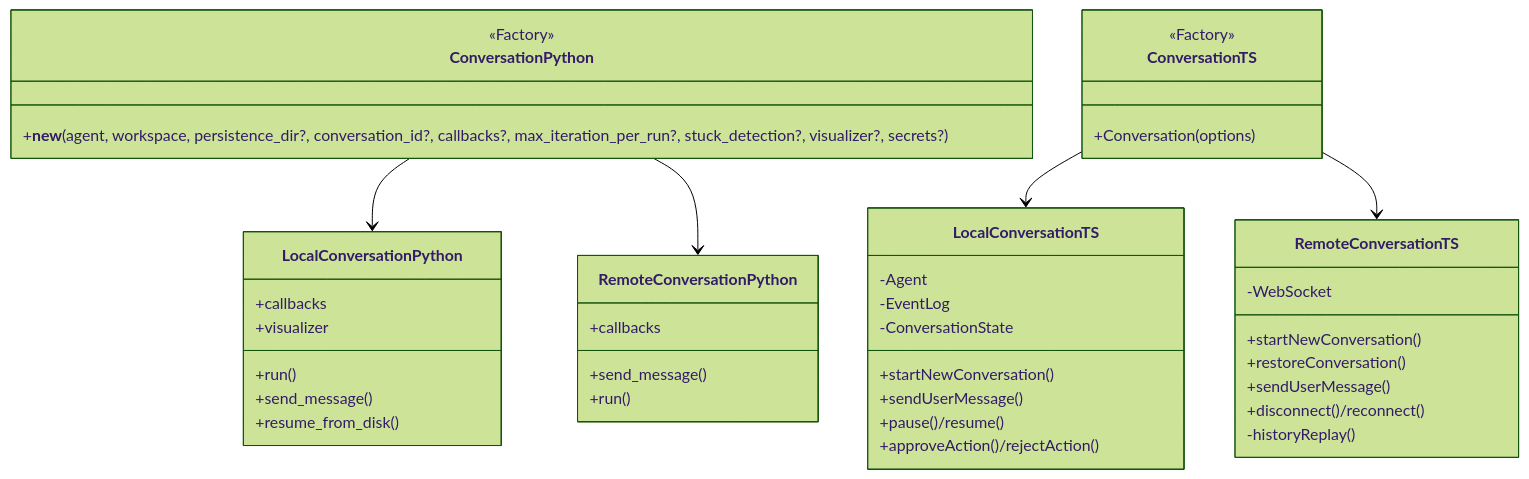
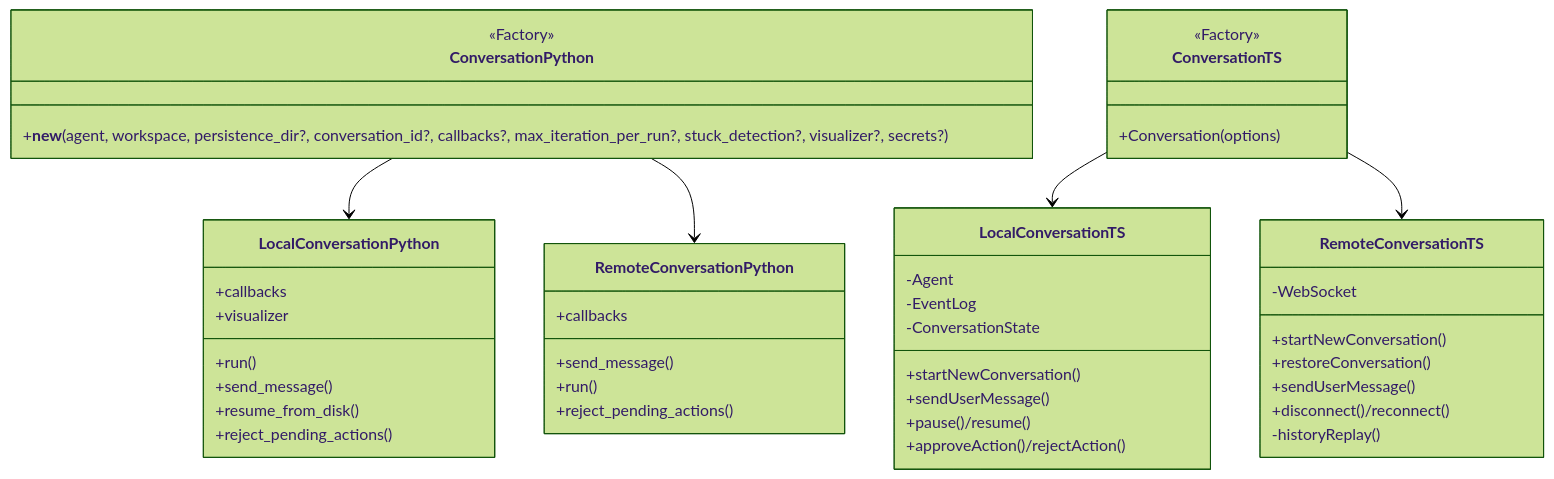
The second of 5 diagrams in packages/agent-sdk-ts/docs/python-parity.md (enyst/OpenHands-Tab), drawn with Mermaid (forest theme) before and after one commit. The commit also changed other lines of this file, not shown here.

Commit message:
docs: clarify Python confirmation methods

````diff
--- a/packages/agent-sdk-ts/docs/python-parity.md
+++ b/packages/agent-sdk-ts/docs/python-parity.md
@@ -289,44 +289,46 @@
 ```mermaid
 classDiagram
     class ConversationPython {
       <<Factory>>
       +__new__(agent, workspace, persistence_dir?, conversation_id?, callbacks?, max_iteration_per_run?, stuck_detection?, visualizer?, secrets?)
     }
     ConversationPython --> LocalConversationPython
     ConversationPython --> RemoteConversationPython
     class LocalConversationPython {
       +run()
       +send_message()
       +resume_from_disk()
+      +reject_pending_actions()
       +callbacks
       +visualizer
     }
     class RemoteConversationPython {
       +send_message()
       +run()
+      +reject_pending_actions()
       +callbacks
     }
     class ConversationTS {
       <<Factory>>
       +Conversation(options)
     }
     ConversationTS --> LocalConversationTS
     ConversationTS --> RemoteConversationTS
     class LocalConversationTS {
       +startNewConversation()
       +sendUserMessage()
       +pause()/resume()
       +approveAction()/rejectAction()
       -Agent
       -EventLog
       -ConversationState
     }
     class RemoteConversationTS {
       +startNewConversation()
       +restoreConversation()
       +sendUserMessage()
       +disconnect()/reconnect()
       -WebSocket
       -historyReplay()
     }
 ```
````
